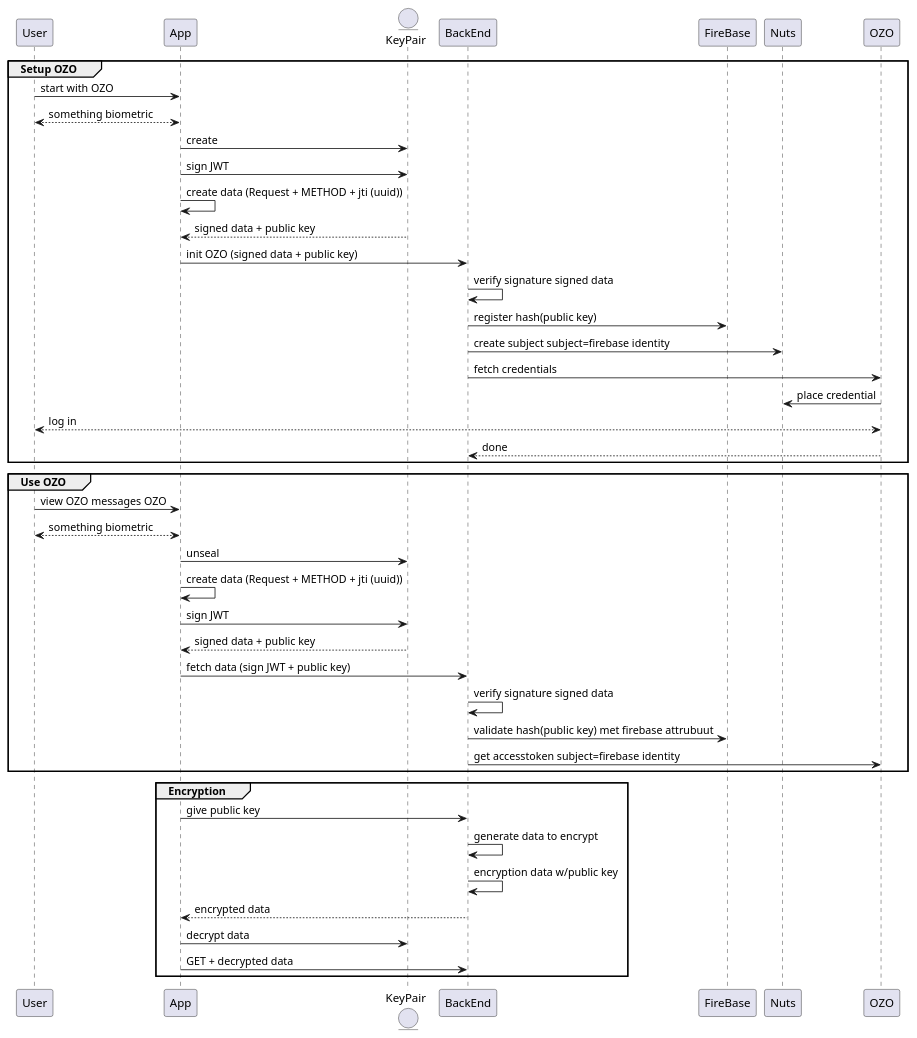
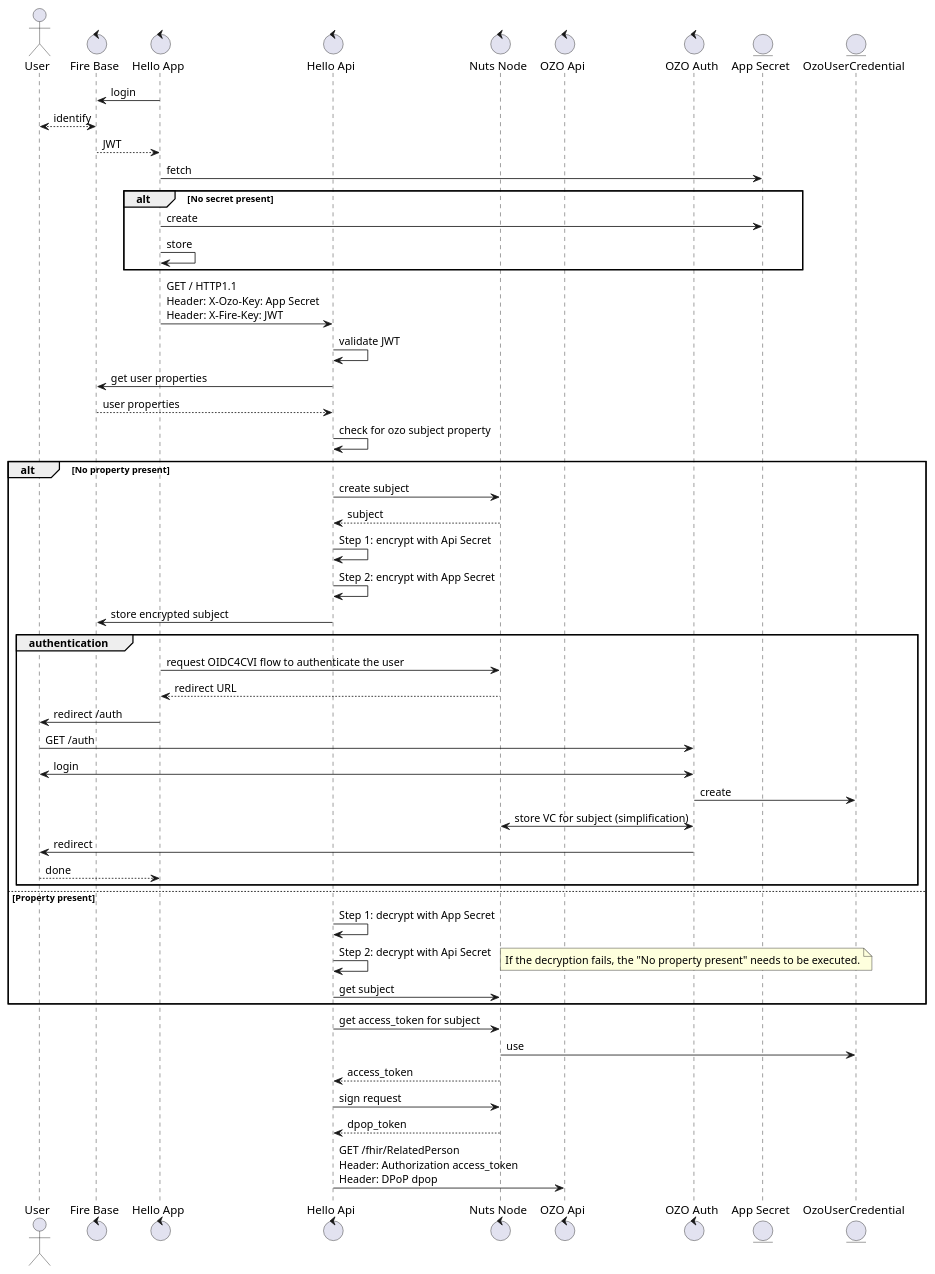
The diagram in input/images-source/firebase-app-security.plantuml (ozoverbindzorg/integrale-netwerk-communicatie), drawn with PlantUML before and after one commit.

Commit message:
Refactor Firebase app security flow in PlantUML diagram.
Simplified and standardized participant naming and structure. Updated the authentication and data encryption process to improve clarity and align with updated flow requirements, ensuring better maintainability and consistency.

```diff
--- a/input/images-source/firebase-app-security.plantuml
+++ b/input/images-source/firebase-app-security.plantuml
@@ -1,56 +1,58 @@
 @startuml
-participant User
-participant App
-entity KeyPair
-participant BackEnd
-participant FireBase
-participant Nuts
-participant OZO
+actor usr as "User"
+control fire as "Fire Base"
+control app as "Hello App"
+control api as "Hello Api"
+control nuts as "Nuts Node"
+control ozo as "OZO Api"
+control ozo_auth as "OZO Auth"
+entity secret as "App Secret"
+entity vc as "OzoUserCredential"
 
+app -> fire: login
+fire <--> usr: identify
+fire --> app: JWT
+app -> secret: fetch
+alt No secret present
+app -> secret: create
+app -> app: store
+end
+app -> api: GET / HTTP1.1\nHeader: X-Ozo-Key: App Secret\nHeader: X-Fire-Key: JWT
+api -> api: validate JWT
+api -> fire: get user properties
+fire --> api: user properties
+api -> api: check for ozo subject property
+alt No property present
+api -> nuts: create subject
+nuts --> api: subject
+api -> api: Step 1: encrypt with Api Secret
+api -> api: Step 2: encrypt with App Secret
+api -> fire: store encrypted subject
+group authentication
+app -> nuts: request OIDC4CVI flow to authenticate the user
+nuts --> app: redirect URL
+app -> usr: redirect /auth
+usr -> ozo_auth: GET /auth
+ozo_auth <-> usr: login
+ozo_auth -> vc: create
+ozo_auth <-> nuts: store VC for subject (simplification)
+ozo_auth -> usr: redirect
+usr --> app: done
+end
+else Property present
+api -> api: Step 1: decrypt with App Secret
+api -> api: Step 2: decrypt with Api Secret
+note right
+If the decryption fails, the "No property present" needs to be executed.
+end note
+api -> nuts: get subject
+end
+api -> nuts: get access_token for subject
+nuts -> vc: use
+nuts --> api: access_token
+api -> nuts: sign request
+nuts --> api: dpop_token
 
-group Setup OZO
-User -> App: start with OZO
-App <--> User: something biometric
-App -> KeyPair: create
-App -> KeyPair: sign JWT
-App -> App: create data (Request + METHOD + jti (uuid))
-KeyPair --> App: signed data + public key
-App -> BackEnd: init OZO (signed data + public key)
-BackEnd -> BackEnd: verify signature signed data
-BackEnd -> FireBase: register hash(public key)
-BackEnd -> Nuts: create subject subject=firebase identity
-BackEnd -> OZO: fetch credentials
-OZO -> Nuts: place credential
-OZO <--> User: log in
-OZO --> BackEnd: done
-end
-
-group Use OZO
-User -> App: view OZO messages OZO
-App <--> User: something biometric
-App -> KeyPair: unseal
-App -> App: create data (Request + METHOD + jti (uuid))
-App -> KeyPair: sign JWT
-KeyPair --> App: signed data + public key
-App -> BackEnd: fetch data (sign JWT + public key)
-BackEnd -> BackEnd: verify signature signed data
-BackEnd -> FireBase: validate hash(public key) met firebase attrubuut
-BackEnd -> OZO: get accesstoken subject=firebase identity
-
-end
-
-
-group Encryption
-App -> BackEnd: give public key
-BackEnd -> BackEnd: generate data to encrypt
-BackEnd -> BackEnd: encryption data w/public key
-BackEnd --> App: encrypted data
-App -> KeyPair: decrypt data
-App -> BackEnd: GET + decrypted data
-
-end
-
-
-
+api -> ozo: GET /fhir/RelatedPerson\nHeader: Authorization access_token\nHeader: DPoP dpop
 
 @enduml
```
